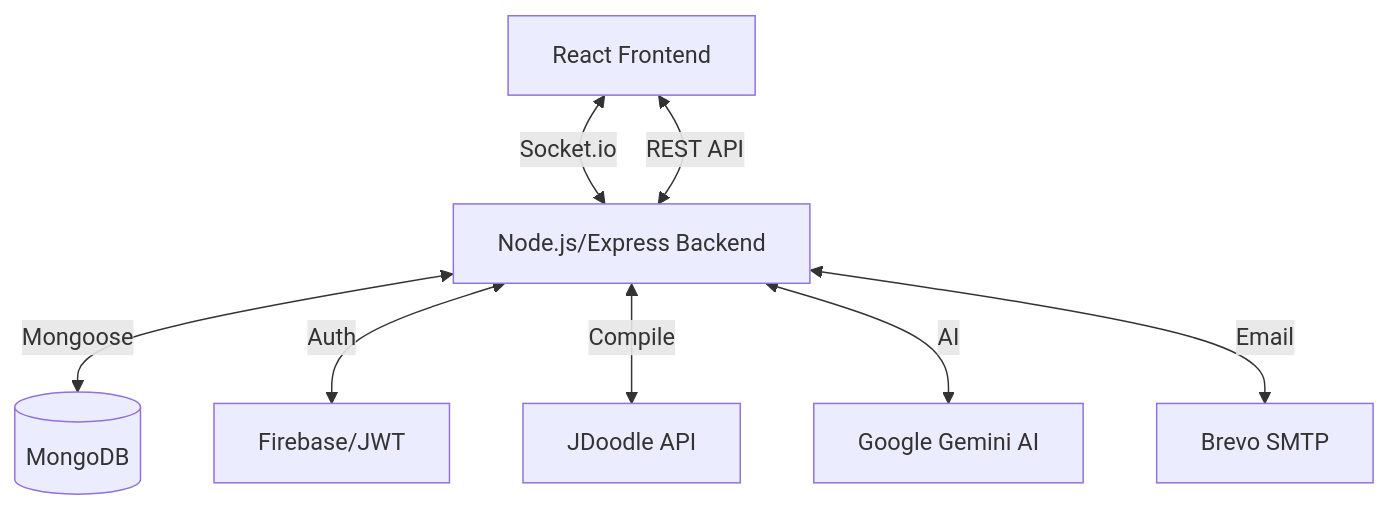
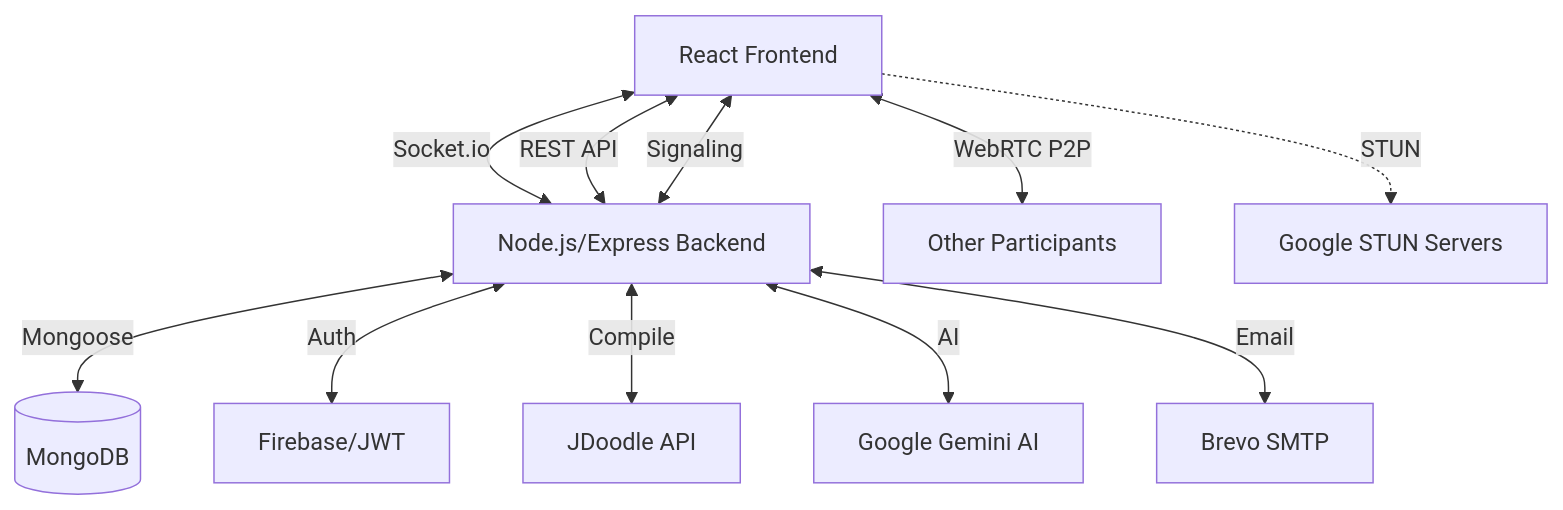
One commit to Riteshmaurya07/Code_X_Live changed the diagram in README.md. Above: the diagram before and after it, drawn with Mermaid. The commit also changed other lines of this file and 19 other files, not shown here.

Commit message:
implement WebRTC video calling features including room integration and UI components

````diff
--- a/README.md
+++ b/README.md
@@ -56,10 +67,13 @@
 ```mermaid
 graph TD
     Client[React Frontend] <-->|Socket.io| Server[Node.js/Express Backend]
     Client <-->|REST API| Server
+    Client <-->|WebRTC P2P| Client2[Other Participants]
+    Server <-->|Signaling| Client
     Server <-->|Mongoose| DB[(MongoDB)]
     Server <-->|Auth| Firebase[Firebase/JWT]
     Server <-->|Compile| JDoodle[JDoodle API]
     Server <-->|AI| Gemini[Google Gemini AI]
     Server <-->|Email| Brevo[Brevo SMTP]
+    Client -.->|STUN| Google[Google STUN Servers]
 ```
````
